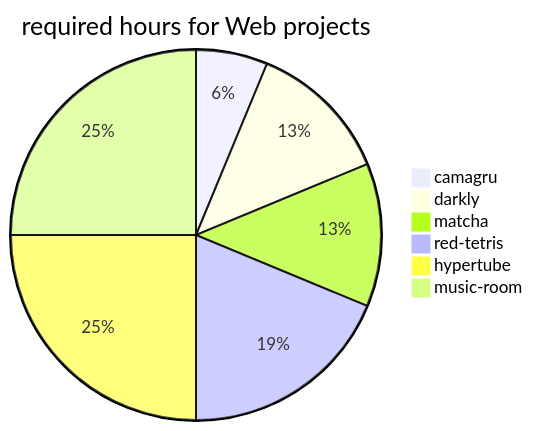
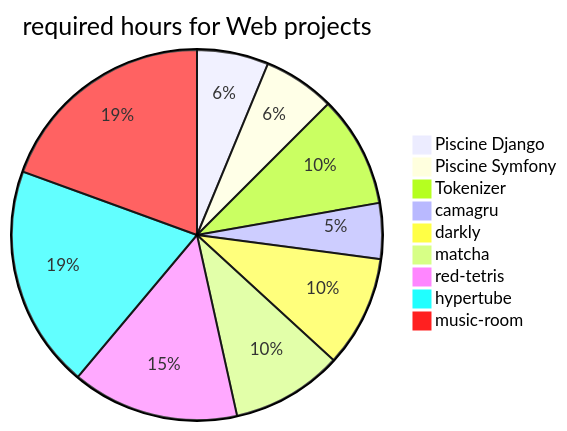
The second of 6 diagrams in README.md (jmcheon/web_mobile_branch), drawn with Mermaid before and after one commit. The commit also changed other lines of this file, not shown here.

````diff
--- a/README.md
+++ b/README.md
@@ -49,9 +56,12 @@
 ```mermaid
 pie  title required hours for Web projects
+	"Piscine Django"  : 63
+	"Piscine Symfony"  : 63
+	"Tokenizer"  : 98
 	"camagru"  : 49
 	"darkly"  : 98
 	"matcha"  : 98
 	"red-tetris"  : 147
 	"hypertube"  : 196
 	"music-room"  : 196
 ```
````
